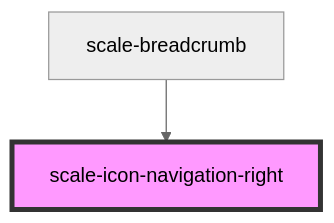
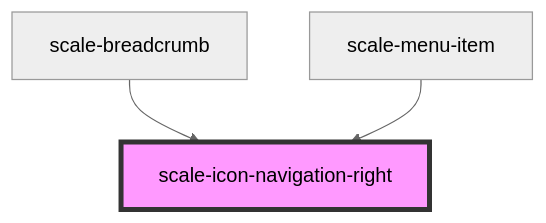
The diagram in packages/components/src/components/icons/navigation-right/readme.md (gaurishkamat/scale), drawn with Mermaid (neutral theme) before and after one commit. The commit also changed other lines of this file and 94 other files, not shown here.

````diff
--- a/packages/components/src/components/icons/navigation-right/readme.md
+++ b/packages/components/src/components/icons/navigation-right/readme.md
@@ -26,5 +27,6 @@
 ```mermaid
 graph TD;
   scale-breadcrumb --> scale-icon-navigation-right
+  scale-menu-item --> scale-icon-navigation-right
   style scale-icon-navigation-right fill:#f9f,stroke:#333,stroke-width:4px
 ```
````
